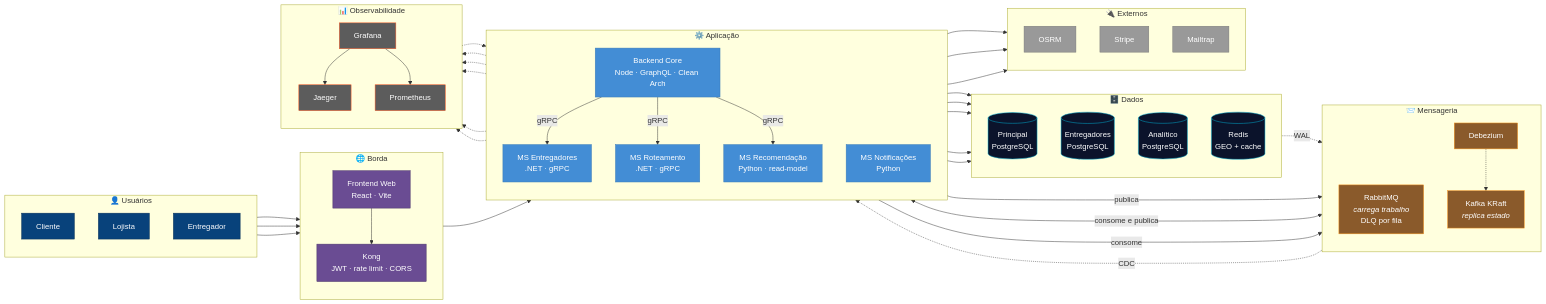
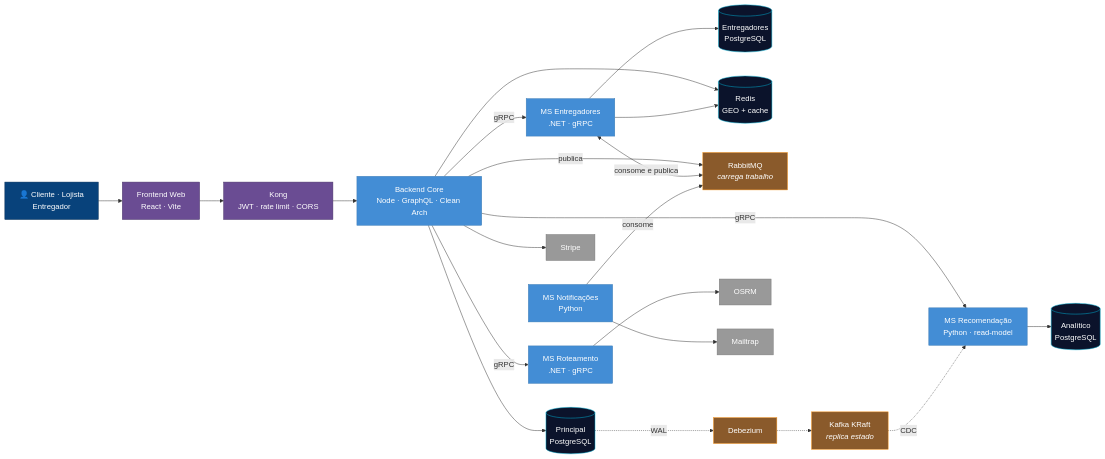
Before and after one commit to arthurair3s/express-delivery-system: the first of 2 diagrams in docs/diagramas/visao-geral.md, drawn with Mermaid. The commit also changed other lines of this file and 2 other files, not shown here.

````diff
--- a/docs/diagramas/visao-geral.md
+++ b/docs/diagramas/visao-geral.md
@@ -16,89 +26,41 @@
     classDef app fill:#438dd5,stroke:#3b7bb5,color:#fff;
     classDef dado fill:#0b132b,stroke:#00b4d8,color:#fff;
     classDef fila fill:#8a5a2b,stroke:#f8961e,color:#fff;
-    classDef obs fill:#5c5c5c,stroke:#ff5722,color:#fff;
     classDef ext fill:#999,stroke:#777,color:#fff;
 
-    subgraph U ["👤 Usuários"]
-        direction TB
-        C["Cliente"]:::pessoa
-        L["Lojista"]:::pessoa
-        E["Entregador"]:::pessoa
-    end
+    U["👤 Cliente · Lojista<br>Entregador"]:::pessoa
+    WEB["Frontend Web<br>React · Vite"]:::borda
+    KONG["Kong<br>JWT · rate limit · CORS"]:::borda
+    API["Backend Core<br>Node · GraphQL · Clean Arch"]:::app
+    ENT["MS Entregadores<br>.NET · gRPC"]:::app
+    ROT["MS Roteamento<br>.NET · gRPC"]:::app
+    REC["MS Recomendação<br>Python · read-model"]:::app
+    NOT["MS Notificações<br>Python"]:::app
+    PG1[("Principal<br>PostgreSQL")]:::dado
+    PG2[("Entregadores<br>PostgreSQL")]:::dado
+    PG3[("Analítico<br>PostgreSQL")]:::dado
+    RDS[("Redis<br>GEO + cache")]:::dado
+    RMQ["RabbitMQ<br><i>carrega trabalho</i>"]:::fila
+    DBZ["Debezium"]:::fila
+    KFK["Kafka KRaft<br><i>replica estado</i>"]:::fila
+    OSRM["OSRM"]:::ext
+    STR["Stripe"]:::ext
+    MTP["Mailtrap"]:::ext
 
-    subgraph B ["🌐 Borda"]
-        direction TB
-        WEB["Frontend Web<br>React · Vite"]:::borda
-        KONG["Kong<br>JWT · rate limit · CORS"]:::borda
-    end
-
-    subgraph A ["⚙️ Aplicação"]
-        direction TB
-        API["Backend Core<br>Node · GraphQL · Clean Arch"]:::app
-        ENT["MS Entregadores<br>.NET · gRPC"]:::app
-        ROT["MS Roteamento<br>.NET · gRPC"]:::app
-        REC["MS Recomendação<br>Python · read-model"]:::app
-        NOT["MS Notificações<br>Python"]:::app
-    end
-
-    subgraph M ["📨 Mensageria"]
-        direction TB
-        RMQ["RabbitMQ<br><i>carrega trabalho</i><br>DLQ por fila"]:::fila
-        DBZ["Debezium"]:::fila
-        KFK["Kafka KRaft<br><i>replica estado</i>"]:::fila
-    end
-
-    subgraph D ["🗄️ Dados"]
-        direction TB
-        PG1[("Principal<br>PostgreSQL")]:::dado
-        PG2[("Entregadores<br>PostgreSQL")]:::dado
-        PG3[("Analítico<br>PostgreSQL")]:::dado
-        RDS[("Redis<br>GEO + cache")]:::dado
-    end
-
-    subgraph X ["🔌 Externos"]
-        direction TB
-        OSRM["OSRM"]:::ext
-        STR["Stripe"]:::ext
-        MTP["Mailtrap"]:::ext
-    end
-
-    subgraph O ["📊 Observabilidade"]
-        direction TB
-        JGR["Jaeger"]:::obs
-        PRM["Prometheus"]:::obs
-        GRF["Grafana"]:::obs
-    end
-
-    C --> WEB
-    L --> WEB
-    E --> WEB
-    WEB --> KONG --> API
-
+    U --> WEB --> KONG --> API
     API -->|gRPC| ENT
     API -->|gRPC| ROT
     API -->|gRPC| REC
     API --> PG1
     API --> RDS
+    API --> STR
     API -->|publica| RMQ
-    API --> STR
-
     ENT --> PG2
     ENT --> RDS
     ENT <-->|consome e publica| RMQ
     ROT --> OSRM
     NOT -->|consome| RMQ
     NOT --> MTP
-
+    REC --> PG3
     PG1 -.->|WAL| DBZ -.-> KFK -.->|CDC| REC
-    REC --> PG3
-
-    API -.-> JGR
-    ENT -.-> JGR
-    ROT -.-> JGR
-    REC -.-> JGR
-    NOT -.-> JGR
-    PRM -.-> API
-    GRF --> PRM
-    GRF --> JGR
 ```
````
